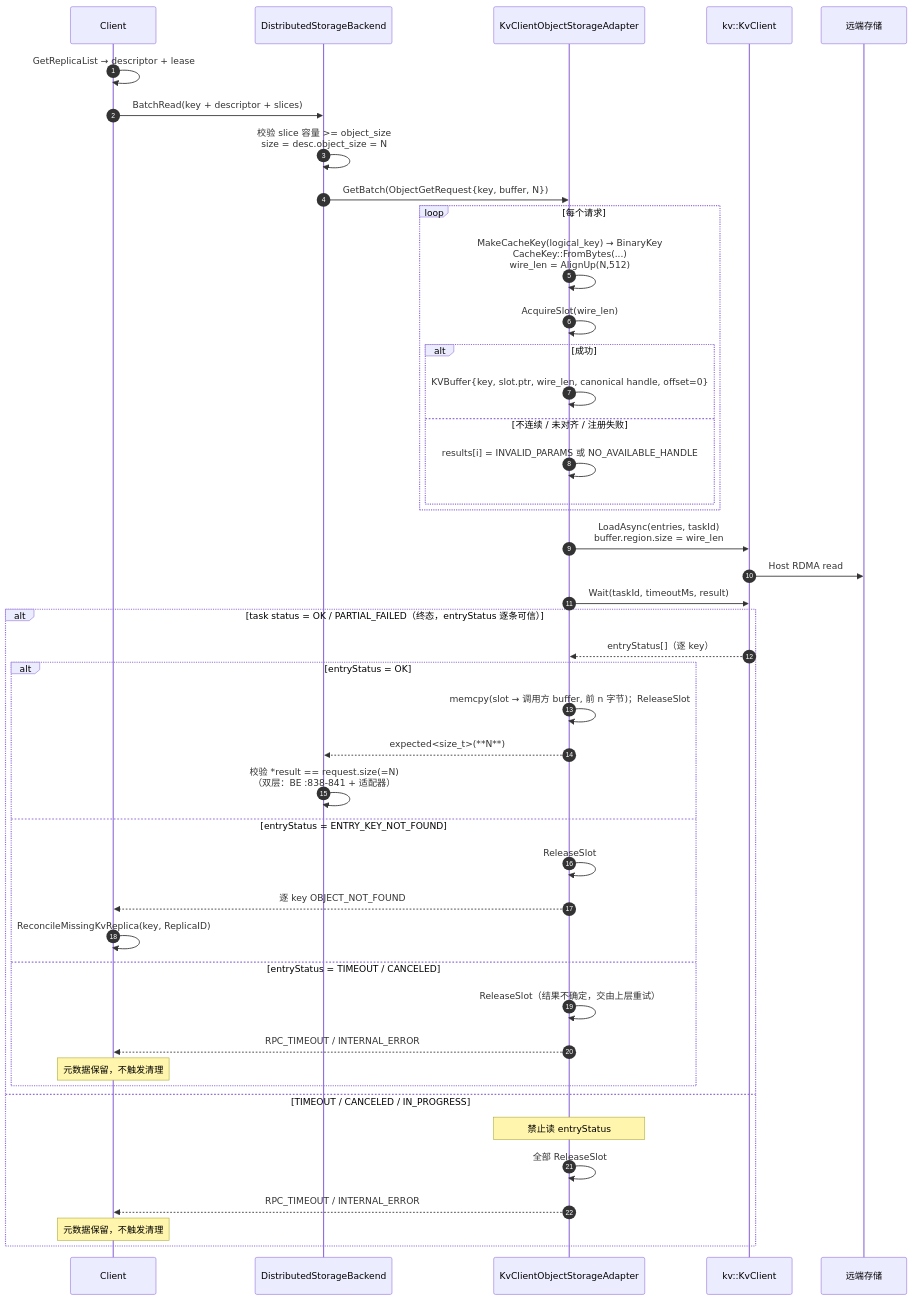
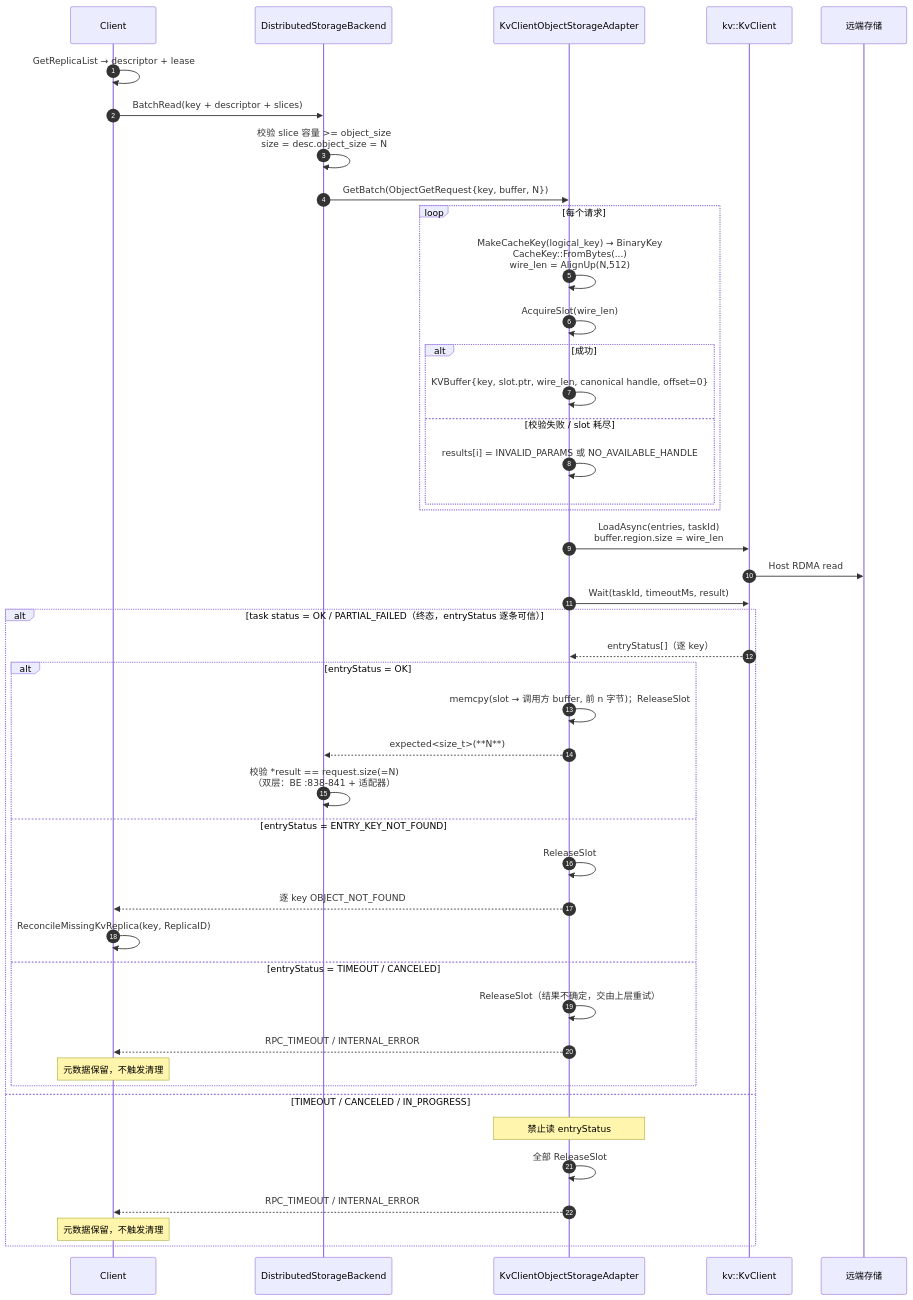
The tenth of 13 diagrams in Mooncake + KVClient L3 接入（Kvcs）- v3.md (zwj20000328-dotcom/Mooncake-documents), drawn with Mermaid before and after one commit. The commit also changed other lines of this file, not shown here.

First line of the commit message:
docs: fix residual inconsistencies after the slot-pool rewrite

````diff
--- a/Mooncake + KVClient L3 接入（Kvcs）- v3.md
+++ b/Mooncake + KVClient L3 接入（Kvcs）- v3.md
@@ -634,47 +635,47 @@
 ```mermaid
 sequenceDiagram
     autonumber
     participant C as Client
     participant BE as DistributedStorageBackend
     participant AD as KvClientObjectStorageAdapter
     participant SDK as kv::KvClient
     participant S as 远端存储
 
     C->>C: GetReplicaList → descriptor + lease
     C->>BE: BatchRead(key + descriptor + slices)
     BE->>BE: 校验 slice 容量 >= object_size<br/>size = desc.object_size = N
     BE->>AD: GetBatch(ObjectGetRequest{key, buffer, N})
     loop 每个请求
         AD->>AD: MakeCacheKey(logical_key) → BinaryKey<br/>CacheKey::FromBytes(...)<br/>wire_len = AlignUp(N,512)
         AD->>AD: AcquireSlot(wire_len)
         alt 成功
             AD->>AD: KVBuffer{key, slot.ptr, wire_len, canonical handle, offset=0}
-        else 不连续 / 未对齐 / 注册失败
+        else 校验失败 / slot 耗尽
             AD->>AD: results[i] = INVALID_PARAMS 或 NO_AVAILABLE_HANDLE
         end
     end
     AD->>SDK: LoadAsync(entries, taskId)<br/>buffer.region.size = wire_len
     SDK->>S: Host RDMA read
     AD->>SDK: Wait(taskId, timeoutMs, result)
     alt task status = OK / PARTIAL_FAILED（终态，entryStatus 逐条可信）
         SDK-->>AD: entryStatus[]（逐 key）
         alt entryStatus = OK
             AD->>AD: memcpy(slot → 调用方 buffer, 前 n 字节)；ReleaseSlot
             AD-->>BE: expected<size_t>(**N**)
             BE->>BE: 校验 *result == request.size(=N)<br/>（双层：BE :838-841 + 适配器）
         else entryStatus = ENTRY_KEY_NOT_FOUND
             AD->>AD: ReleaseSlot
             AD-->>C: 逐 key OBJECT_NOT_FOUND
             C->>C: ReconcileMissingKvReplica(key, ReplicaID)
         else entryStatus = TIMEOUT / CANCELED
             AD->>AD: ReleaseSlot（结果不确定，交由上层重试）
             AD-->>C: RPC_TIMEOUT / INTERNAL_ERROR
             Note over C: 元数据保留，不触发清理
         end
     else TIMEOUT / CANCELED / IN_PROGRESS
         Note over AD: 禁止读 entryStatus
         AD->>AD: 全部 ReleaseSlot
         AD-->>C: RPC_TIMEOUT / INTERNAL_ERROR
         Note over C: 元数据保留，不触发清理
     end
 ```
````
